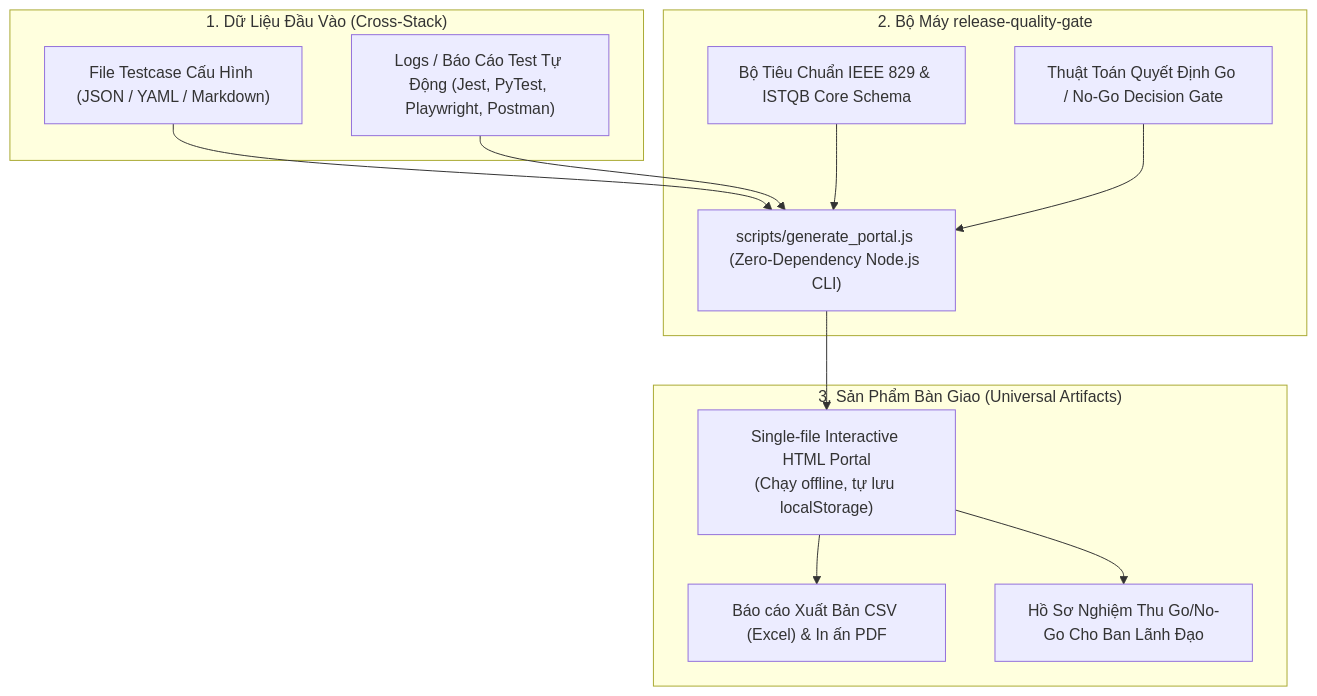
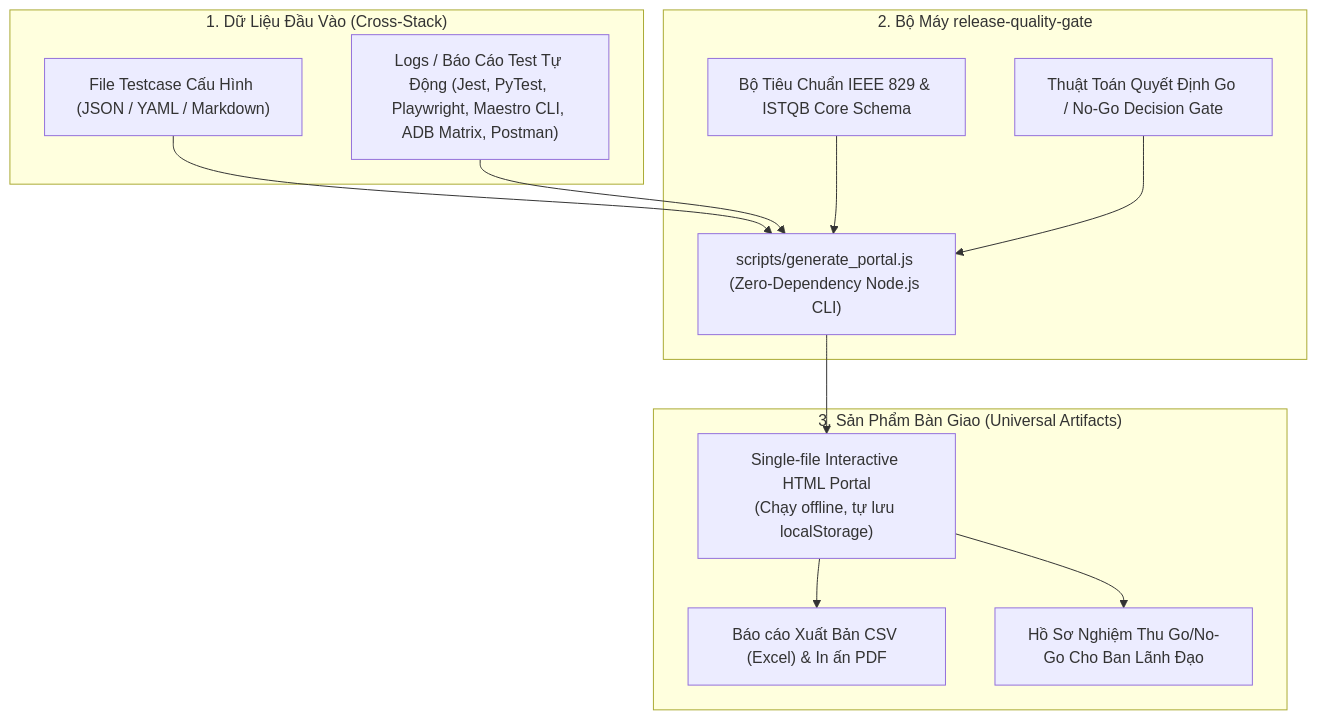
One commit to itgviet/ai-skills changed the diagram in release-quality-gate/SKILL.md. Above: the diagram before and after it, drawn with Mermaid. The commit also changed other lines of this file and 19 other files, not shown here.

````diff
--- a/release-quality-gate/SKILL.md
+++ b/release-quality-gate/SKILL.md
@@ -20,27 +16,27 @@
 ```mermaid
 flowchart TD
     subgraph Input ["1. Dữ Liệu Đầu Vào (Cross-Stack)"]
         A["File Testcase Cấu Hình (JSON / YAML / Markdown)"]
-        B["Logs / Báo Cáo Test Tự Động (Jest, PyTest, Playwright, Postman)"]
+        B["Logs / Báo Cáo Test Tự Động (Jest, PyTest, Playwright, Maestro CLI, ADB Matrix, Postman)"]
     end
 
     subgraph SkillEngine ["2. Bộ Máy release-quality-gate"]
         C["scripts/generate_portal.js (Zero-Dependency Node.js CLI)"]
         D["Bộ Tiêu Chuẩn IEEE 829 & ISTQB Core Schema"]
         E["Thuật Toán Quyết Định Go / No-Go Decision Gate"]
     end
 
     subgraph Output ["3. Sản Phẩm Bàn Giao (Universal Artifacts)"]
         F["Single-file Interactive HTML Portal<br/>(Chạy offline, tự lưu localStorage)"]
         G["Báo cáo Xuất Bản CSV (Excel) & In ấn PDF"]
         H["Hồ Sơ Nghiệm Thu Go/No-Go Cho Ban Lãnh Đạo"]
     end
 
     A --> C
     B --> C
     D --> C
     E --> C
     C --> F
     F --> G
     F --> H
 ```
````
